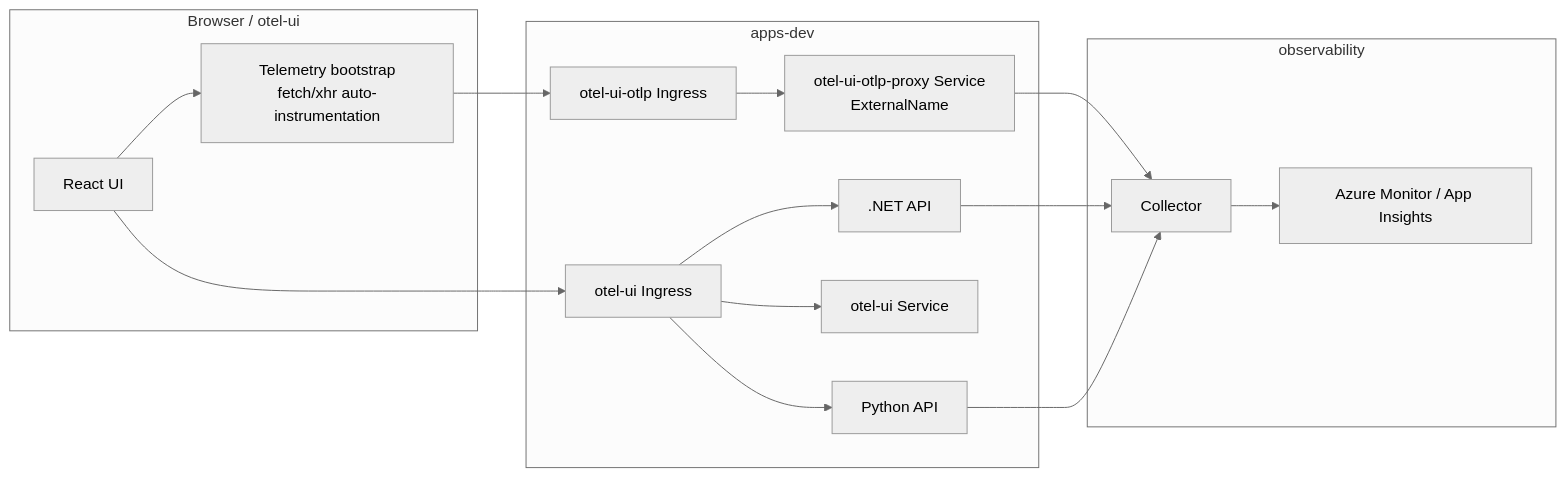
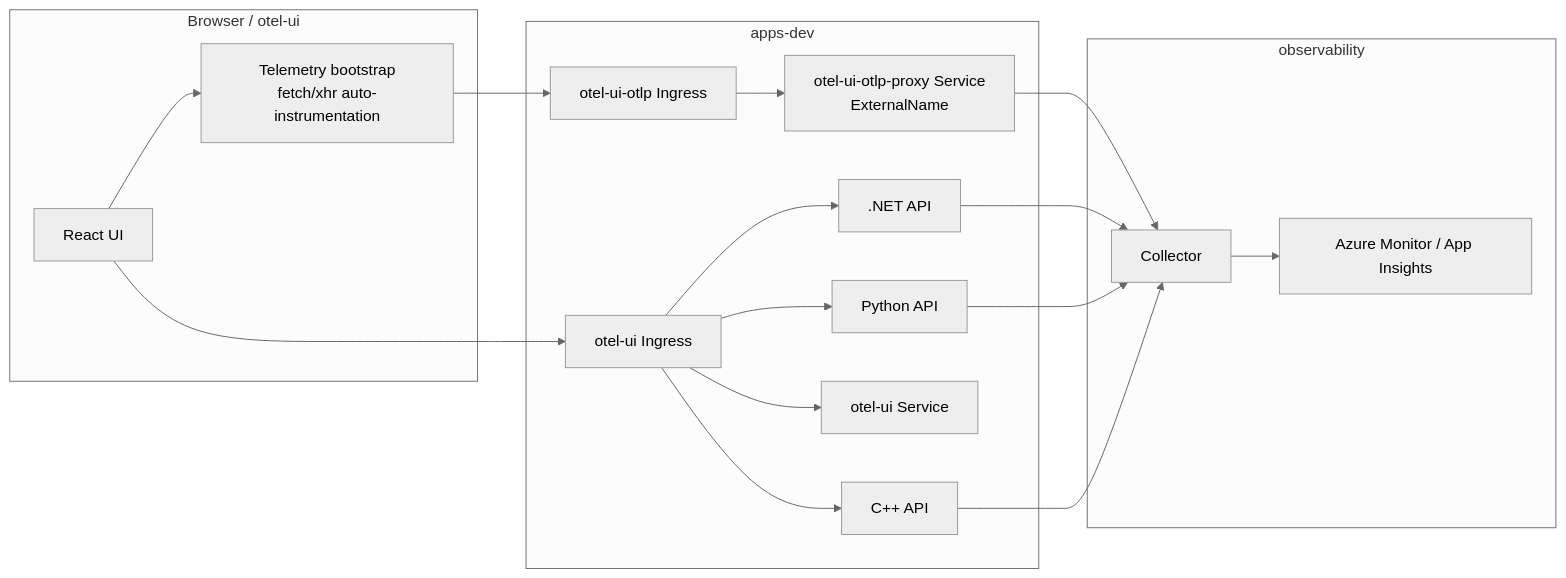
One commit to cloudfyy/otel-aks-observability changed the diagram in dev/README.dev.en.md. Above: the diagram before and after it, drawn with Mermaid (neutral theme). The commit also changed other lines of this file and 6 other files, not shown here.

Commit message:
Add cpp api support in prod environment and update document

````diff
--- a/dev/README.dev.en.md
+++ b/dev/README.dev.en.md
@@ -23,30 +23,33 @@
 ```mermaid
 flowchart LR
   subgraph Browser[Browser / otel-ui]
     UI[React UI]
     Bootstrap[Telemetry bootstrap\nfetch/xhr auto-instrumentation]
     UI --> Bootstrap
   end
 
   subgraph Apps[apps-dev]
     DotNet[.NET API]
     Python[Python API]
+    Cpp[C++ API]
     UiSvc[otel-ui Service]
     ProxySvc[otel-ui-otlp-proxy Service\nExternalName]
     UiIngress[otel-ui Ingress]
     OtlpIngress[otel-ui-otlp Ingress]
   end
 
   subgraph Obs[observability]
     Collector[Collector]
     Azure[Azure Monitor / App Insights]
   end
 
   UI --> UiIngress --> UiSvc
   Bootstrap --> OtlpIngress --> ProxySvc --> Collector
   UiIngress --> DotNet
   UiIngress --> Python
+  UiIngress --> Cpp
   DotNet --> Collector
   Python --> Collector
+  Cpp --> Collector
   Collector --> Azure
 ```
````
